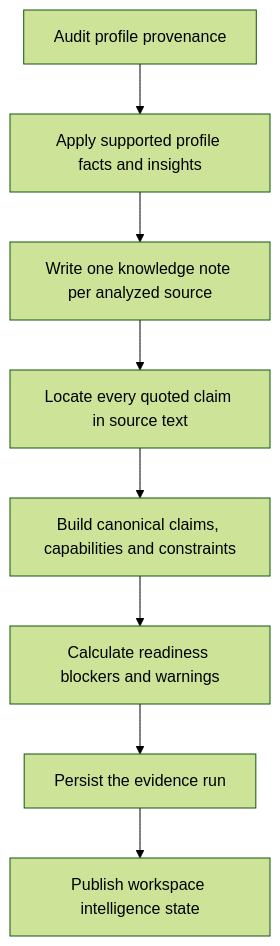
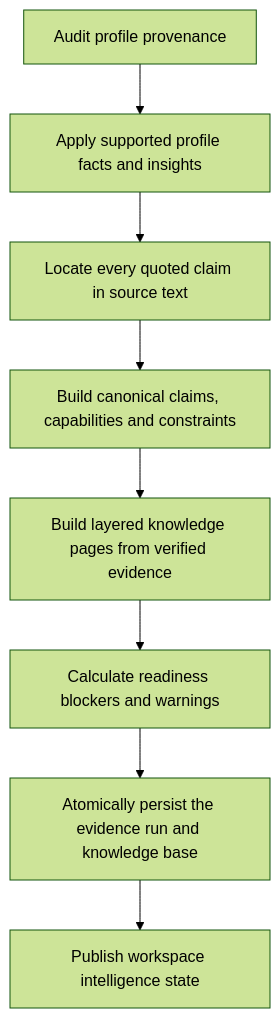
Before and after one commit to stanieltron/rolegain: the diagram in src/01-evidence-ingestion/04-verification/README.md, drawn with Mermaid (forest theme). The commit also changed other lines of this file and 116 other files, not shown here.

````diff
--- a/src/01-evidence-ingestion/04-verification/README.md
+++ b/src/01-evidence-ingestion/04-verification/README.md
@@ -16,10 +17,10 @@
 ```mermaid
 flowchart TD
     A["Audit profile provenance"] --> B["Apply supported profile facts and insights"]
-    B --> C["Write one knowledge note per analyzed source"]
-    C --> D["Locate every quoted claim in source text"]
-    D --> E["Build canonical claims, capabilities and constraints"]
+    B --> C["Locate every quoted claim in source text"]
+    C --> D["Build canonical claims, capabilities and constraints"]
+    D --> E["Build layered knowledge pages from verified evidence"]
     E --> F["Calculate readiness blockers and warnings"]
-    F --> G["Persist the evidence run"]
+    F --> G["Atomically persist the evidence run and knowledge base"]
     G --> H["Publish workspace intelligence state"]
 ```
````
